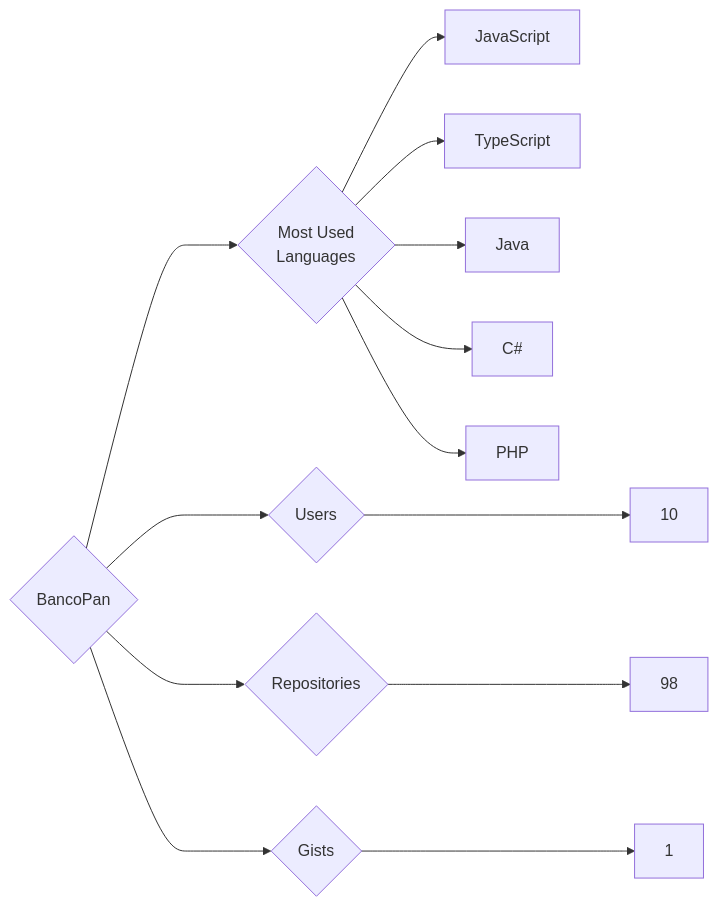
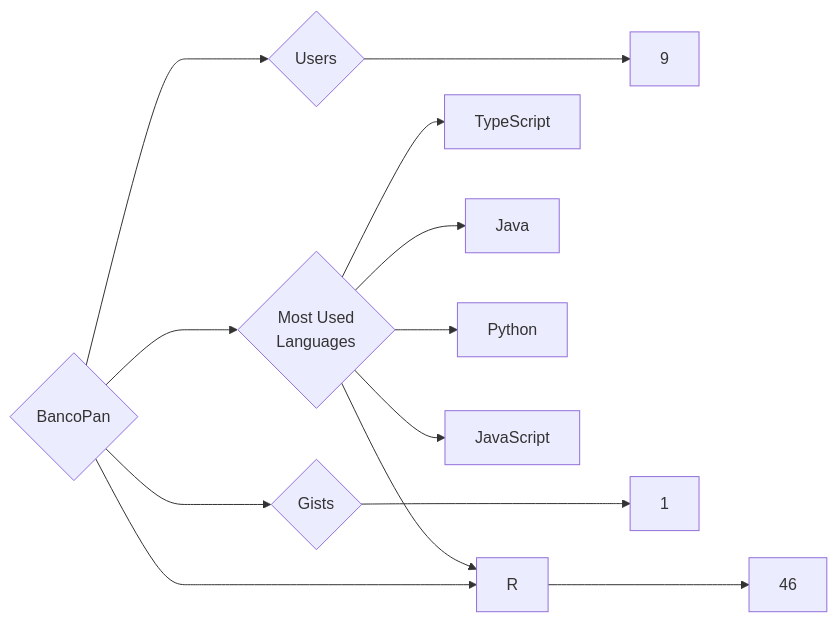
One commit to trickest/insiders changed the diagram in targets/BancoPan/README.md. Above: the diagram before and after it, drawn with Mermaid. The commit also changed 1055 other files, not shown here.

````diff
--- a/targets/BancoPan/README.md
+++ b/targets/BancoPan/README.md
@@ -3,13 +3,13 @@
 ```mermaid
 graph LR
 COMPANY_NAME{BancoPan}
-COMPANY_NAME ---> U{Users} ---> UN[10]
-COMPANY_NAME ---> R{Repositories} ---> RN[98]
+COMPANY_NAME ---> U{Users} ---> UN[9]
+COMPANY_NAME ---> R{Repositories} ---> RN[46]
 COMPANY_NAME ---> G{Gists} ---> GN[1]
 COMPANY_NAME ---> ML{Most Used<br>Languages}
-ML --> JavaScript[JavaScript]
 ML --> TypeScript[TypeScript]
 ML --> Java[Java]
-ML --> C#[C#]
-ML --> PHP[PHP]
+ML --> Python[Python]
+ML --> JavaScript[JavaScript]
+ML --> R[R]
 ```
````
